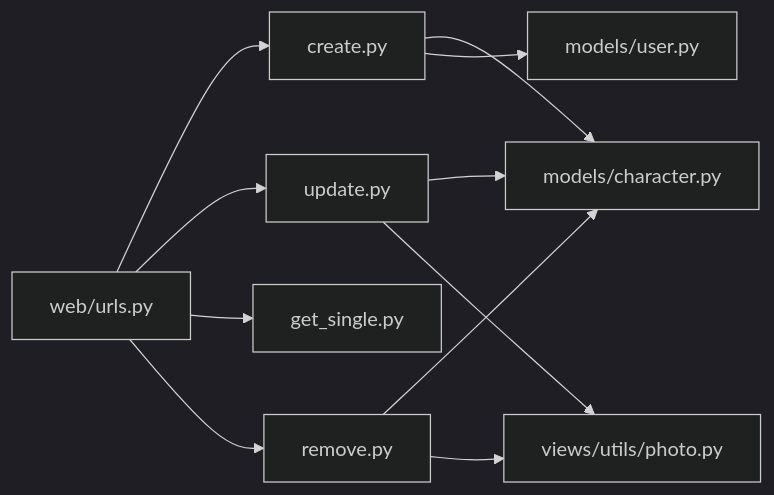
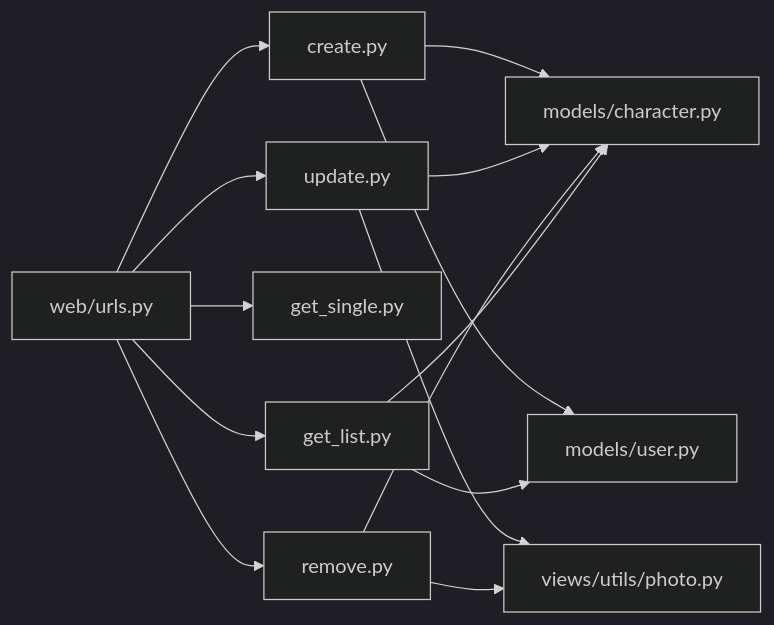
Before and after one commit to Blaipchi/LLM_AIfriends: the seventh of 8 diagrams in .qoder/repowiki/zh/content/API接口文档/角色管理API.md, drawn with Mermaid (dark theme). The commit also changed other lines of this file and 13 other files, not shown here.

````diff
--- a/.qoder/repowiki/zh/content/API接口文档/角色管理API.md
+++ b/.qoder/repowiki/zh/content/API接口文档/角色管理API.md
@@ -362,13 +438,16 @@
 ```mermaid
 graph LR
 URL["web/urls.py"] --> VCreate["create.py"]
 URL --> VUpdate["update.py"]
 URL --> VGet["get_single.py"]
 URL --> VRemove["remove.py"]
+URL --> VList["get_list.py"]
 VCreate --> ModelC["models/character.py"]
 VCreate --> ModelU["models/user.py"]
 VUpdate --> ModelC
 VRemove --> ModelC
 VUpdate --> Util["views/utils/photo.py"]
 VRemove --> Util
+VList --> ModelC
+VList --> ModelU
 ```
````
